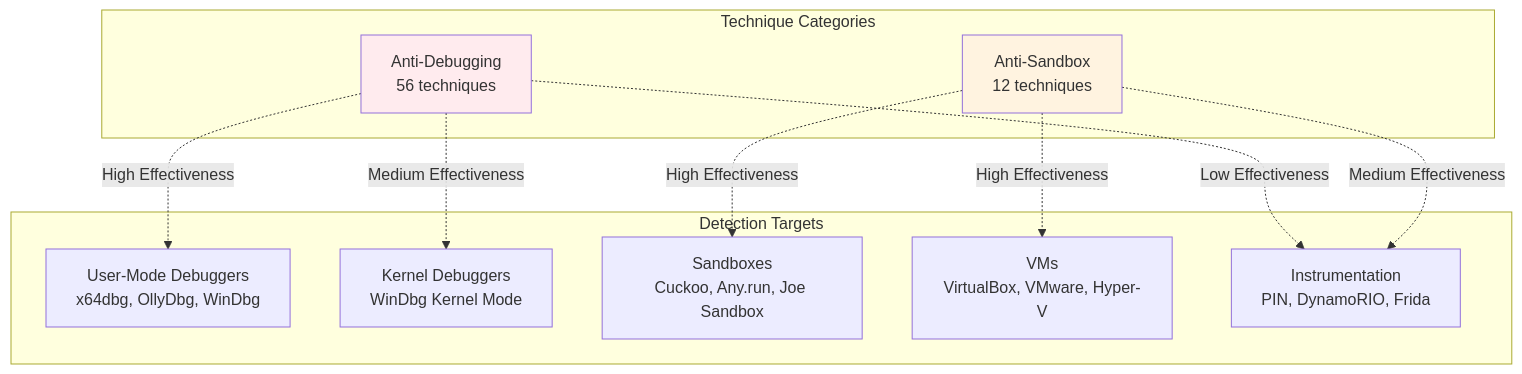
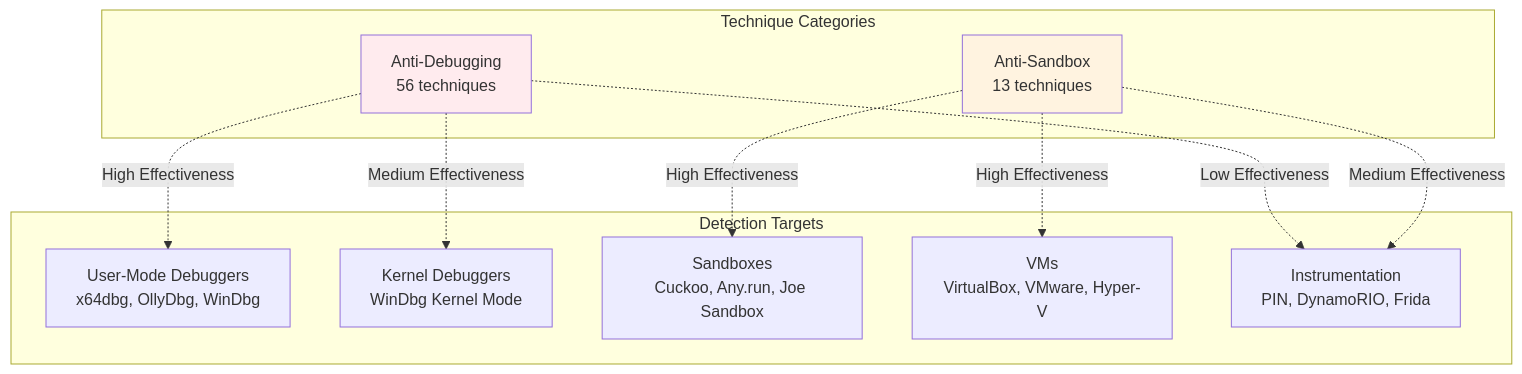
One commit to mabj/anti changed the seventh of 8 diagrams in docs/diagrams/taxonomy.md. Above: the diagram before and after it, drawn with Mermaid. The commit also changed other lines of this file and 9 other files, not shown here.

Commit message:
Adding new time-based anti-sandbox technique AS013.

````diff
--- a/docs/diagrams/taxonomy.md
+++ b/docs/diagrams/taxonomy.md
@@ -233,26 +234,26 @@
 ```mermaid
 graph TB
     subgraph Detection Targets
         T1[User-Mode Debuggers<br/>x64dbg, OllyDbg, WinDbg]
         T2[Kernel Debuggers<br/>WinDbg Kernel Mode]
         T3[Sandboxes<br/>Cuckoo, Any.run, Joe Sandbox]
         T4[VMs<br/>VirtualBox, VMware, Hyper-V]
         T5[Instrumentation<br/>PIN, DynamoRIO, Frida]
     end
 
     subgraph Technique Categories
         C1[Anti-Debugging<br/>56 techniques]
-        C2[Anti-Sandbox<br/>12 techniques]
+        C2[Anti-Sandbox<br/>13 techniques]
     end
 
     C1 -.High Effectiveness.-> T1
     C1 -.Medium Effectiveness.-> T2
     C1 -.Low Effectiveness.-> T5
 
     C2 -.High Effectiveness.-> T3
     C2 -.High Effectiveness.-> T4
     C2 -.Medium Effectiveness.-> T5
 
     style C1 fill:#ffebee
     style C2 fill:#fff3e0
 ```
````
